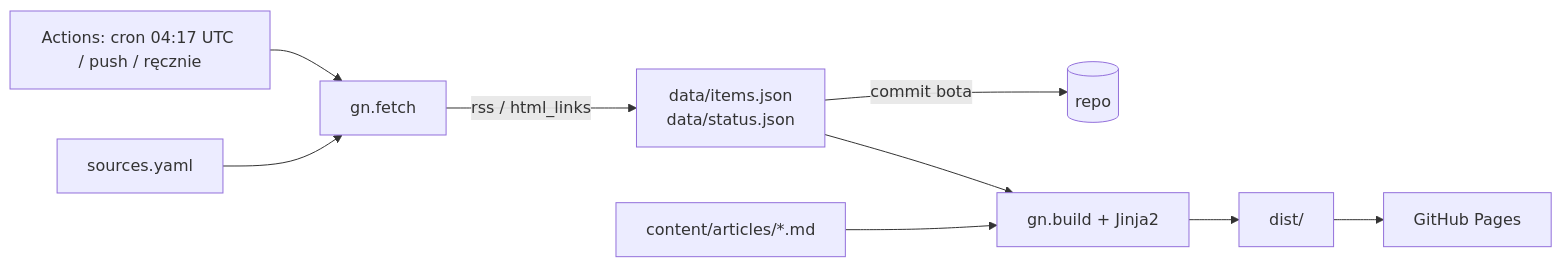
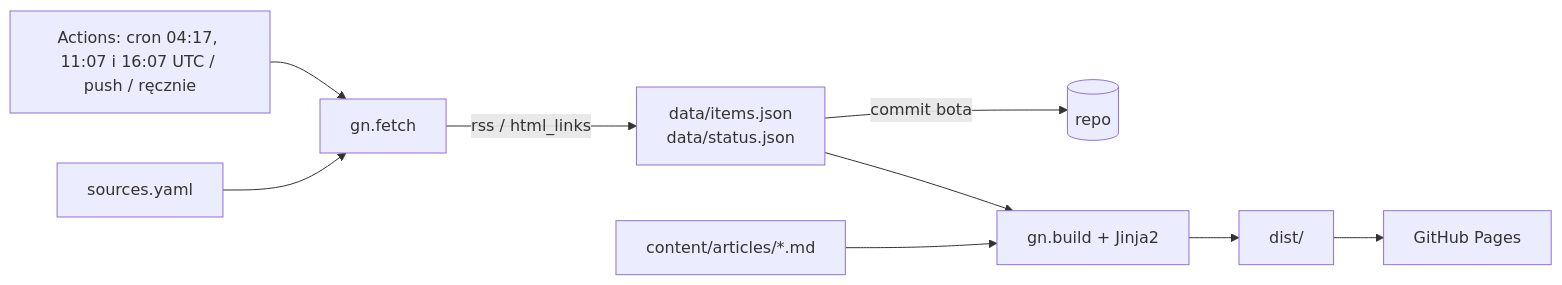
The diagram in docs/01-architektura.md (maciejkfrankowski/grodzisk-news), drawn with Mermaid before and after one commit. The commit also changed 8 other files, not shown here.

````diff
--- a/docs/01-architektura.md
+++ b/docs/01-architektura.md
@@ -3,11 +3,11 @@
 ```mermaid
 flowchart LR
-  C[Actions: cron 04:17 UTC / push / ręcznie] --> F[gn.fetch]
+  C[Actions: cron 04:17, 11:07 i 16:07 UTC / push / ręcznie] --> F[gn.fetch]
   S[sources.yaml] --> F
   F -->|rss / html_links| J[data/items.json<br/>data/status.json]
   J -->|commit bota| R[(repo)]
   A[content/articles/*.md] --> B[gn.build + Jinja2]
   J --> B
   B --> D[dist/]
   D --> P[GitHub Pages]
 ```
````
